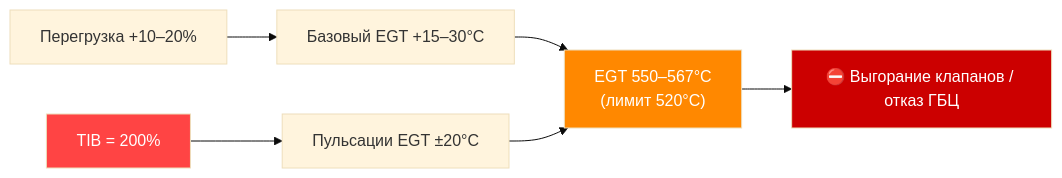
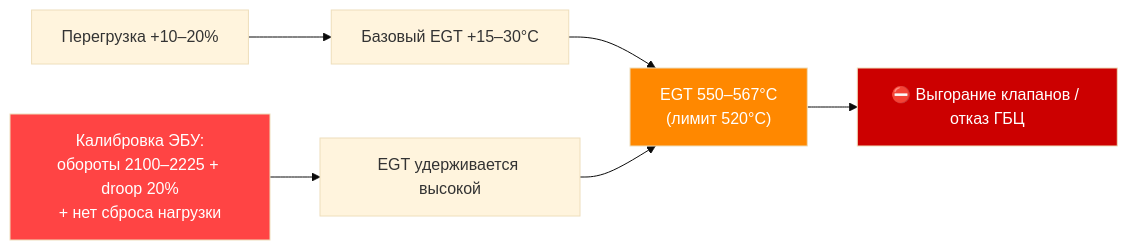
One commit to victorekuznetsov/NTE200 changed the diagram in 02 Диагностика/Анализ нагрузок QSK50.md. Above: the diagram before and after it, drawn with Mermaid (base theme). The commit also changed other lines of this file and 22 other files, not shown here.

````diff
--- a/02 Диагностика/Анализ нагрузок QSK50.md
+++ b/02 Диагностика/Анализ нагрузок QSK50.md
@@ -38,11 +41,11 @@
 ```mermaid
 flowchart LR
     P["Перегрузка +10–20%"] --> B["Базовый EGT +15–30°C"]
-    T["TIB = 200%"] --> O["Пульсации EGT ±20°C"]
+    T["Калибровка ЭБУ:<br/>обороты 2100–2225 + droop 20%<br/>+ нет сброса нагрузки"] --> O["EGT удерживается высокой"]
     B --> S["EGT 550–567°C<br/>(лимит 520°C)"]
     O --> S
     S --> F["⛔ Выгорание клапанов / отказ ГБЦ"]
     style T fill:#ff4444,color:#fff
     style F fill:#cc0000,color:#fff
     style S fill:#ff8800,color:#fff
 ```
````
